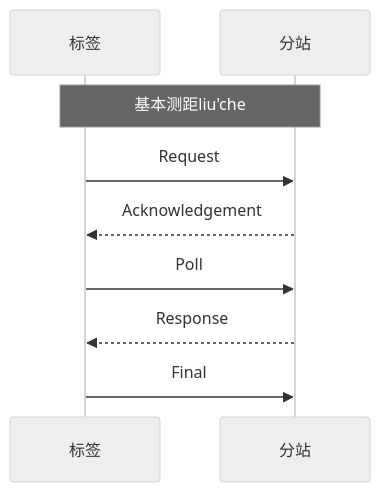
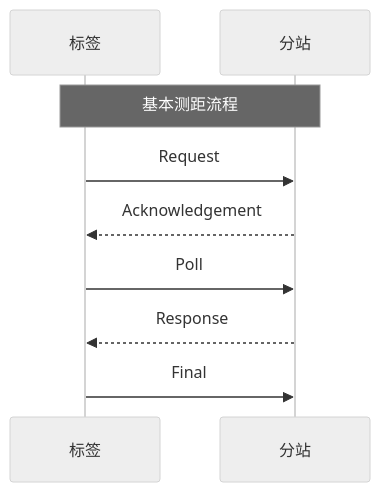
The diagram in all/未命名.md (geek-zhao/iodraw-files), drawn with Mermaid (neutral theme) before and after one commit.

Commit message:
2024-08-17 14:03:45 update

````diff
--- a/all/未命名.md
+++ b/all/未命名.md
@@ -1,12 +1,15 @@
 ```mermaid
 sequenceDiagram
     participant tag as 标签
     participant anchor as 分站
-    Note over tag,anchor: 基本测距liu'che
+
+    Note over tag,anchor: 基本测距流程
+
     tag->>anchor: Request
     anchor-->>tag: Acknowledgement
     tag->>anchor: Poll
     anchor-->>tag: Response
     tag->>anchor: Final       
 
+
 ```
````
